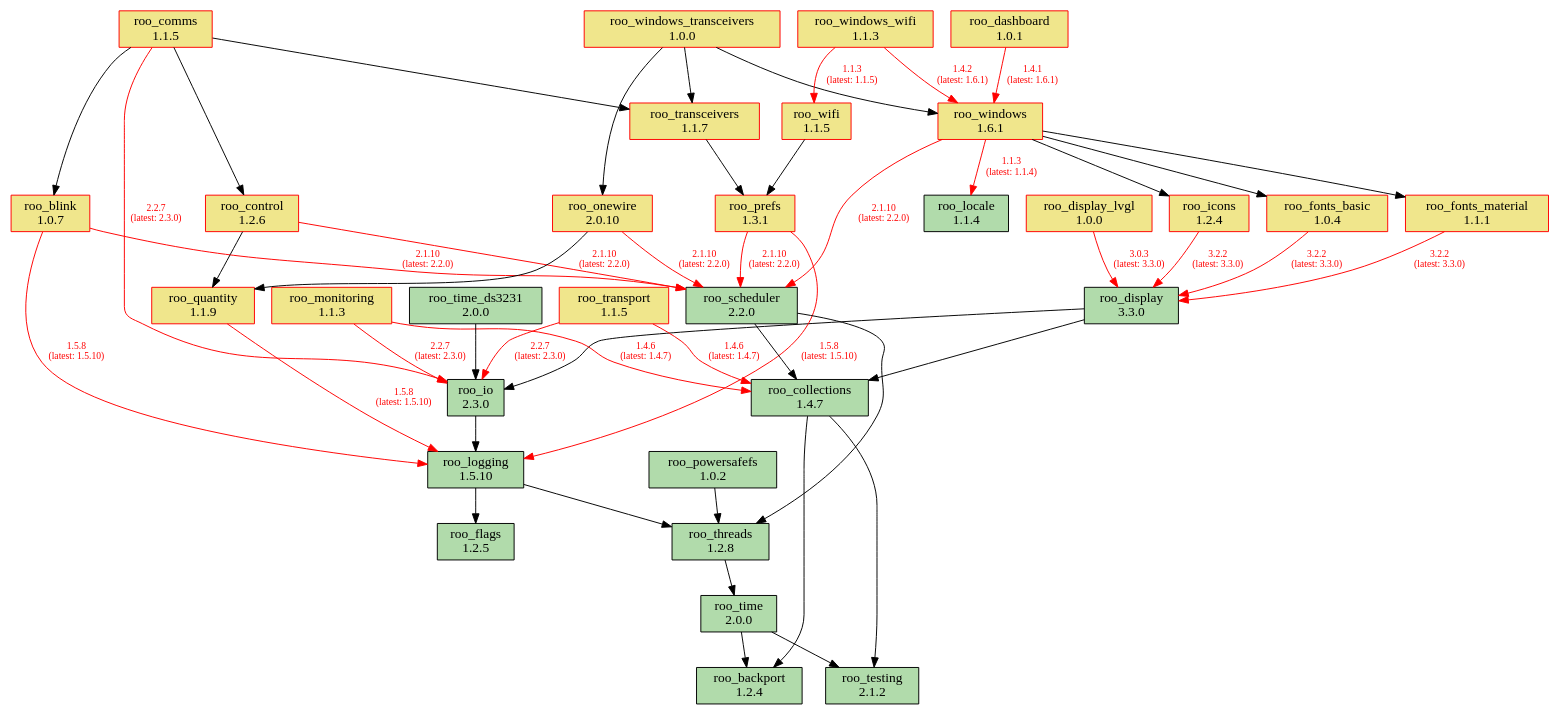
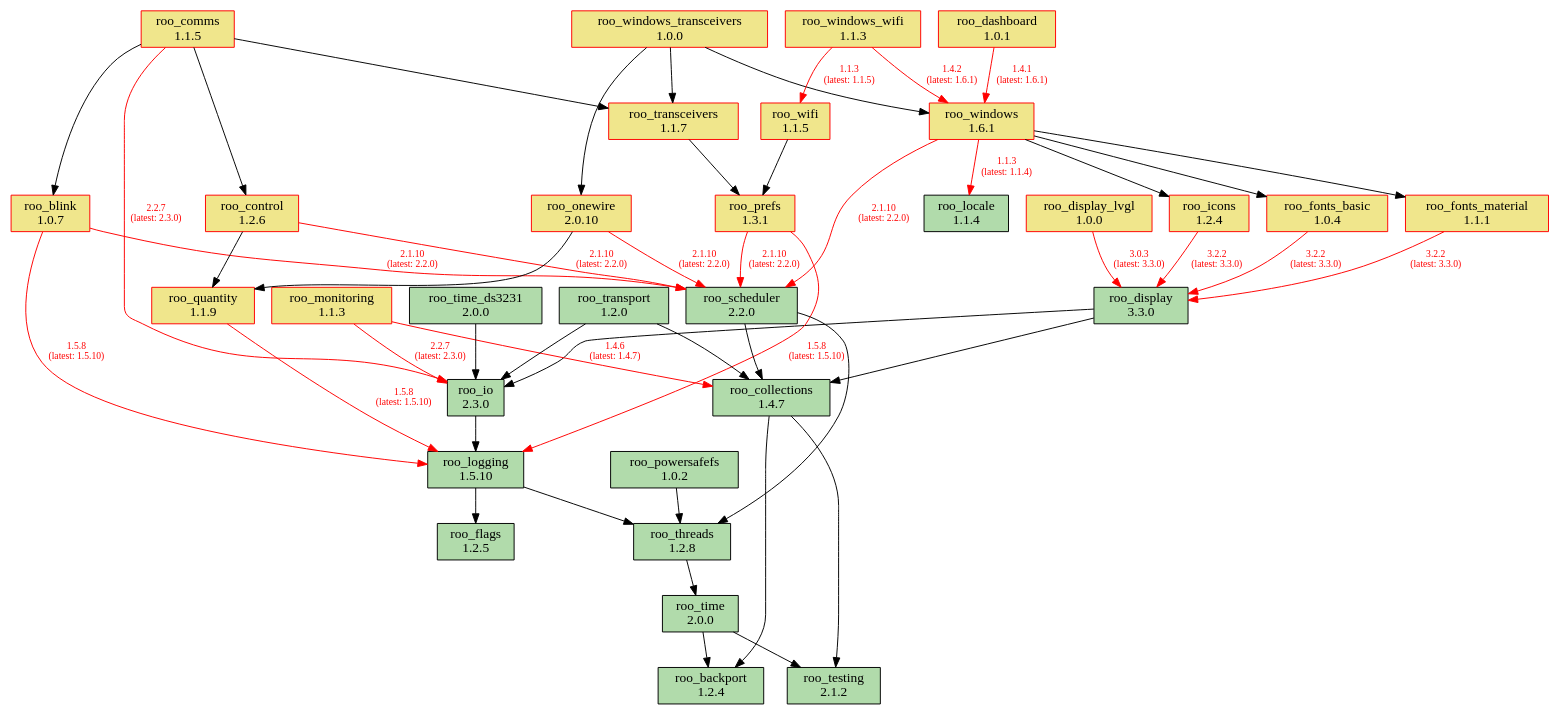
One commit to dejwk/roo-registry changed the diagram in doc/dependencies.dot. Above: the diagram before and after it, drawn with Graphviz. The commit also changed 3 other files, not shown here.

Commit message:
Added roo_transport 1.2.0 to the registry.

```diff
--- a/doc/dependencies.dot
+++ b/doc/dependencies.dot
@@ -1,88 +1,88 @@
 digraph dependencies {
     rankdir=TB;
     node [shape=box, style=filled];
     edge [fontsize=10];
 
     // Modules
     "roo_backport" [label="roo_backport\n1.2.4", fillcolor="#b1dbab", color="black"];
     "roo_blink" [label="roo_blink\n1.0.7", fillcolor="khaki", color="red"];
     "roo_collections" [label="roo_collections\n1.4.7", fillcolor="#b1dbab", color="black"];
     "roo_comms" [label="roo_comms\n1.1.5", fillcolor="khaki", color="red"];
     "roo_control" [label="roo_control\n1.2.6", fillcolor="khaki", color="red"];
     "roo_dashboard" [label="roo_dashboard\n1.0.1", fillcolor="khaki", color="red"];
     "roo_display" [label="roo_display\n3.3.0", fillcolor="#b1dbab", color="black"];
     "roo_display_lvgl" [label="roo_display_lvgl\n1.0.0", fillcolor="khaki", color="red"];
     "roo_flags" [label="roo_flags\n1.2.5", fillcolor="#b1dbab", color="black"];
     "roo_fonts_basic" [label="roo_fonts_basic\n1.0.4", fillcolor="khaki", color="red"];
     "roo_fonts_material" [label="roo_fonts_material\n1.1.1", fillcolor="khaki", color="red"];
     "roo_icons" [label="roo_icons\n1.2.4", fillcolor="khaki", color="red"];
     "roo_io" [label="roo_io\n2.3.0", fillcolor="#b1dbab", color="black"];
     "roo_locale" [label="roo_locale\n1.1.4", fillcolor="#b1dbab", color="black"];
     "roo_logging" [label="roo_logging\n1.5.10", fillcolor="#b1dbab", color="black"];
     "roo_monitoring" [label="roo_monitoring\n1.1.3", fillcolor="khaki", color="red"];
     "roo_onewire" [label="roo_onewire\n2.0.10", fillcolor="khaki", color="red"];
     "roo_powersafefs" [label="roo_powersafefs\n1.0.2", fillcolor="#b1dbab", color="black"];
     "roo_prefs" [label="roo_prefs\n1.3.1", fillcolor="khaki", color="red"];
     "roo_quantity" [label="roo_quantity\n1.1.9", fillcolor="khaki", color="red"];
     "roo_scheduler" [label="roo_scheduler\n2.2.0", fillcolor="#b1dbab", color="black"];
     "roo_testing" [label="roo_testing\n2.1.2", fillcolor="#b1dbab", color="black"];
     "roo_threads" [label="roo_threads\n1.2.8", fillcolor="#b1dbab", color="black"];
     "roo_time" [label="roo_time\n2.0.0", fillcolor="#b1dbab", color="black"];
     "roo_time_ds3231" [label="roo_time_ds3231\n2.0.0", fillcolor="#b1dbab", color="black"];
     "roo_transceivers" [label="roo_transceivers\n1.1.7", fillcolor="khaki", color="red"];
-    "roo_transport" [label="roo_transport\n1.1.5", fillcolor="khaki", color="red"];
+    "roo_transport" [label="roo_transport\n1.2.0", fillcolor="#b1dbab", color="black"];
     "roo_wifi" [label="roo_wifi\n1.1.5", fillcolor="khaki", color="red"];
     "roo_windows" [label="roo_windows\n1.6.1", fillcolor="khaki", color="red"];
     "roo_windows_transceivers" [label="roo_windows_transceivers\n1.0.0", fillcolor="khaki", color="red"];
     "roo_windows_wifi" [label="roo_windows_wifi\n1.1.3", fillcolor="khaki", color="red"];
 
     // Dependencies
     "roo_blink" -> "roo_logging" [color=red, fontcolor=red, label="1.5.8\n(latest: 1.5.10)"];
     "roo_blink" -> "roo_scheduler" [color=red, fontcolor=red, label="2.1.10\n(latest: 2.2.0)"];
     "roo_collections" -> "roo_testing";
     "roo_collections" -> "roo_backport";
     "roo_comms" -> "roo_blink";
     "roo_comms" -> "roo_control";
     "roo_comms" -> "roo_io" [color=red, fontcolor=red, label="2.2.7\n(latest: 2.3.0)"];
     "roo_comms" -> "roo_transceivers";
     "roo_control" -> "roo_quantity";
     "roo_control" -> "roo_scheduler" [color=red, fontcolor=red, label="2.1.10\n(latest: 2.2.0)"];
     "roo_dashboard" -> "roo_windows" [color=red, fontcolor=red, label="1.4.1\n(latest: 1.6.1)"];
     "roo_display" -> "roo_collections";
     "roo_display" -> "roo_io";
     "roo_display_lvgl" -> "roo_display" [color=red, fontcolor=red, label="3.0.3\n(latest: 3.3.0)"];
     "roo_fonts_basic" -> "roo_display" [color=red, fontcolor=red, label="3.2.2\n(latest: 3.3.0)"];
     "roo_fonts_material" -> "roo_display" [color=red, fontcolor=red, label="3.2.2\n(latest: 3.3.0)"];
     "roo_icons" -> "roo_display" [color=red, fontcolor=red, label="3.2.2\n(latest: 3.3.0)"];
     "roo_io" -> "roo_logging";
     "roo_logging" -> "roo_flags";
     "roo_logging" -> "roo_threads";
     "roo_monitoring" -> "roo_collections" [color=red, fontcolor=red, label="1.4.6\n(latest: 1.4.7)"];
     "roo_monitoring" -> "roo_io" [color=red, fontcolor=red, label="2.2.7\n(latest: 2.3.0)"];
     "roo_onewire" -> "roo_scheduler" [color=red, fontcolor=red, label="2.1.10\n(latest: 2.2.0)"];
     "roo_onewire" -> "roo_quantity";
     "roo_powersafefs" -> "roo_threads";
     "roo_prefs" -> "roo_logging" [color=red, fontcolor=red, label="1.5.8\n(latest: 1.5.10)"];
     "roo_prefs" -> "roo_scheduler" [color=red, fontcolor=red, label="2.1.10\n(latest: 2.2.0)"];
     "roo_quantity" -> "roo_logging" [color=red, fontcolor=red, label="1.5.8\n(latest: 1.5.10)"];
     "roo_scheduler" -> "roo_collections";
     "roo_scheduler" -> "roo_threads";
     "roo_threads" -> "roo_time";
     "roo_time" -> "roo_testing";
     "roo_time" -> "roo_backport";
     "roo_time_ds3231" -> "roo_io";
     "roo_transceivers" -> "roo_prefs";
-    "roo_transport" -> "roo_collections" [color=red, fontcolor=red, label="1.4.6\n(latest: 1.4.7)"];
-    "roo_transport" -> "roo_io" [color=red, fontcolor=red, label="2.2.7\n(latest: 2.3.0)"];
+    "roo_transport" -> "roo_collections";
+    "roo_transport" -> "roo_io";
     "roo_wifi" -> "roo_prefs";
     "roo_windows" -> "roo_fonts_basic";
     "roo_windows" -> "roo_fonts_material";
     "roo_windows" -> "roo_locale" [color=red, fontcolor=red, label="1.1.3\n(latest: 1.1.4)"];
     "roo_windows" -> "roo_icons";
     "roo_windows" -> "roo_scheduler" [color=red, fontcolor=red, label="2.1.10\n(latest: 2.2.0)"];
     "roo_windows_transceivers" -> "roo_onewire";
     "roo_windows_transceivers" -> "roo_transceivers";
     "roo_windows_transceivers" -> "roo_windows";
     "roo_windows_wifi" -> "roo_wifi" [color=red, fontcolor=red, label="1.1.3\n(latest: 1.1.5)"];
     "roo_windows_wifi" -> "roo_windows" [color=red, fontcolor=red, label="1.4.2\n(latest: 1.6.1)"];
 }
```
